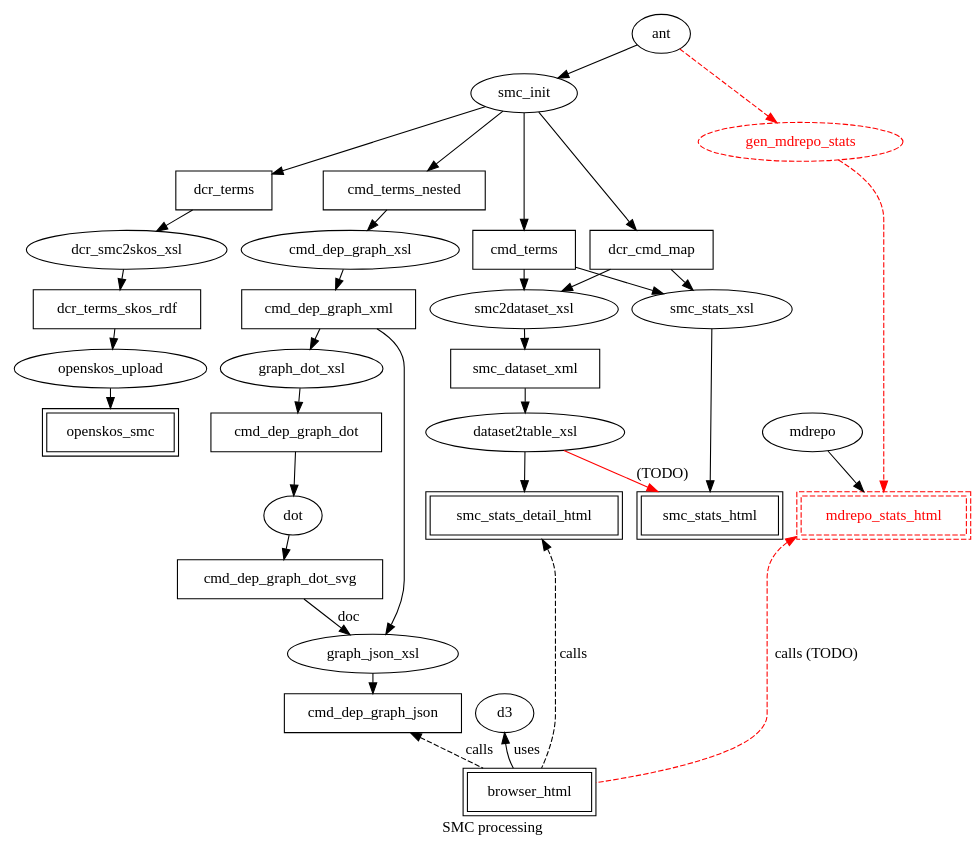
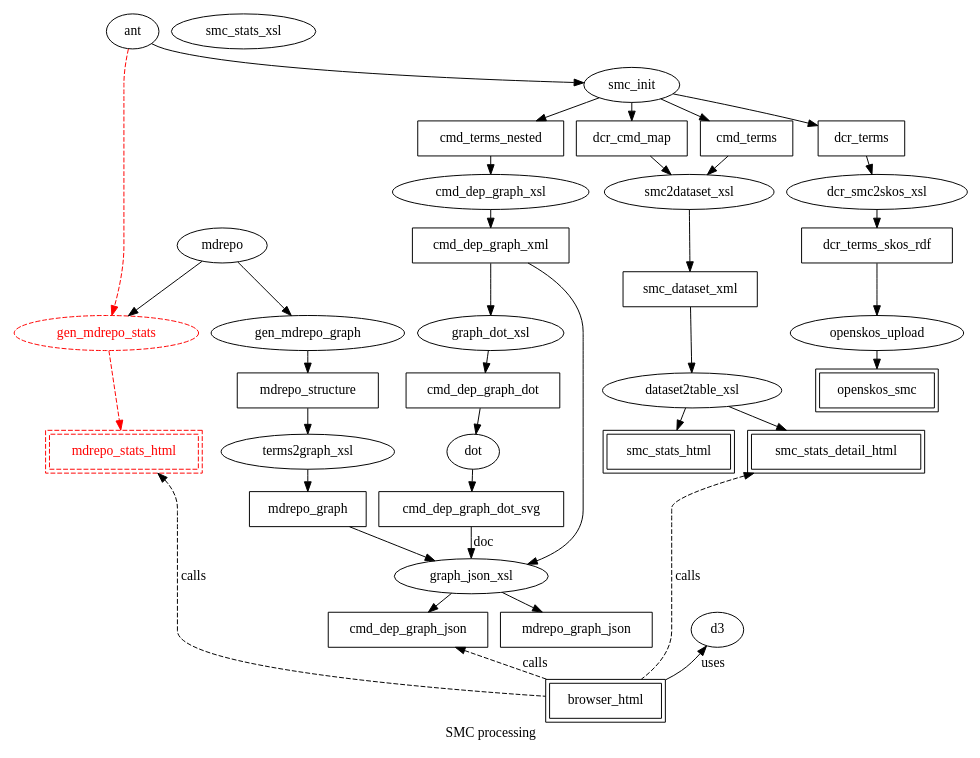
The diagram in docs/smc_processing.dot (acdh-oeaw/graphviewer), drawn with Graphviz before and after one commit. The commit also changed 1 other file, not shown here.

Commit message:
graph now also reflects generation of instance data stats from mdrepo

```diff
--- a/docs/smc_processing.dot
+++ b/docs/smc_processing.dot
@@ -1,107 +1,115 @@
 /* 
 
 dot -osmc_processing.png -Tpng smc_processing.dot
 
 */
 digraph smc_processing {
   label="SMC processing";
 	rankdir=TB;
 	size="10,11";		
 	ranksep=0.25;
 	nodesep=0.18;
 
 	/* graph [compound=true,
 		mclimit=4,		
 		remincross=true,
 		nodesep = 0.1;	
 	size="12,12";		
 	];
 	*/
 
 /*
 node [shape=none];
 context;
 term; */
 
 /* data elements */
 node [shape=box];
 dcr_terms;
 cmd_terms;
 cmd_terms_nested;
 dcr_cmd_map;
 cmd_dep_graph_xml;
 cmd_dep_graph_dot;
 cmd_dep_graph_dot_svg;
 cmd_dep_graph_json;
 smc_dataset_xml;
 dcr_terms_skos_rdf;
+mdrepo_structure;
+mdrepo_graph;
+mdrepo_graph_json;
+
 
 
 /* processing, code  */
 node [shape=ellipse];
 	ant;
 	mdrepo;
 	gen_mdrepo_stats [color=red,style=dashed, fontcolor=red];
 	d3;
 	dot;
 	smc_init;
+	gen_mdrepo_graph;
 	cmd_dep_graph_xsl;
 	graph_dot_xsl;
+	terms2graph_xsl;
 	graph_json_xsl;
 	dcr_smc2skos_xsl;
 	smc_stats_xsl;	
 	openskos_upload;
 	smc2dataset_xsl;
 	dataset2table_xsl;
 
 /* user "interfaces"  - human readable output */ 
 node [shape=box, peripheries=2];
 smc_stats_html;
 browser_html;
 mdrepo_stats_html [color=red,style=dashed, fontcolor=red];
 smc_stats_detail_html;
 openskos_smc;
 
 
 	subgraph order {
 	rank=same;
 	dot;
 		smc_stats_html;
 		mdrepo_stats_html;
 		smc_stats_detail_html;
 	}
 
 /* context -> list;
 term -> map; */
 
 
 ant -> smc_init -> cmd_terms_nested;
 smc_init -> dcr_cmd_map;
 smc_init -> dcr_terms;
 smc_init -> cmd_terms;
 cmd_terms_nested -> cmd_dep_graph_xsl -> cmd_dep_graph_xml;
 
 cmd_dep_graph_xml -> graph_dot_xsl -> cmd_dep_graph_dot  -> dot -> cmd_dep_graph_dot_svg; 
 
 cmd_dep_graph_xml -> graph_json_xsl -> cmd_dep_graph_json; 
 cmd_dep_graph_dot_svg -> graph_json_xsl [label="doc"];
 
 d3 -> browser_html [dir=back, label=uses];
 cmd_dep_graph_json -> browser_html [dir=back, style=dashed, label=calls];
 smc_stats_detail_html -> browser_html [dir=back, style=dashed, label=calls];
-mdrepo -> mdrepo_stats_html;
+mdrepo -> gen_mdrepo_stats;
 ant -> gen_mdrepo_stats ->  mdrepo_stats_html [color=red,style=dashed];
-mdrepo_stats_html -> browser_html [dir=back, style=dashed, label="calls (TODO)", color=red];
+mdrepo_stats_html -> browser_html [dir=back, style=dashed, label="calls"];
+mdrepo -> gen_mdrepo_graph -> mdrepo_structure -> terms2graph_xsl -> mdrepo_graph -> graph_json_xsl -> mdrepo_graph_json;
 
-
+/* obsoleted 
 dcr_cmd_map -> smc_stats_xsl -> smc_stats_html; 
 cmd_terms -> smc_stats_xsl;
+*/
 dcr_cmd_map -> smc2dataset_xsl -> smc_dataset_xml -> dataset2table_xsl -> smc_stats_detail_html;
 cmd_terms -> smc2dataset_xsl;
 
-dataset2table_xsl -> smc_stats_html [label="(TODO)", color=red];
+dataset2table_xsl -> smc_stats_html;
 
 dcr_terms -> dcr_smc2skos_xsl -> dcr_terms_skos_rdf -> openskos_upload -> openskos_smc;
 
 
 }
```
